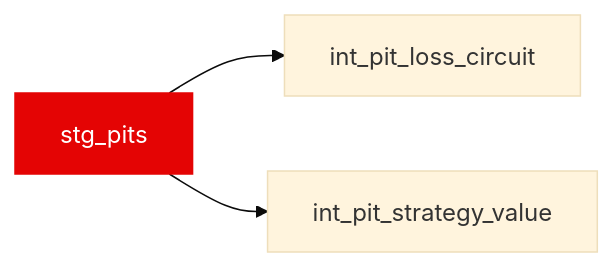
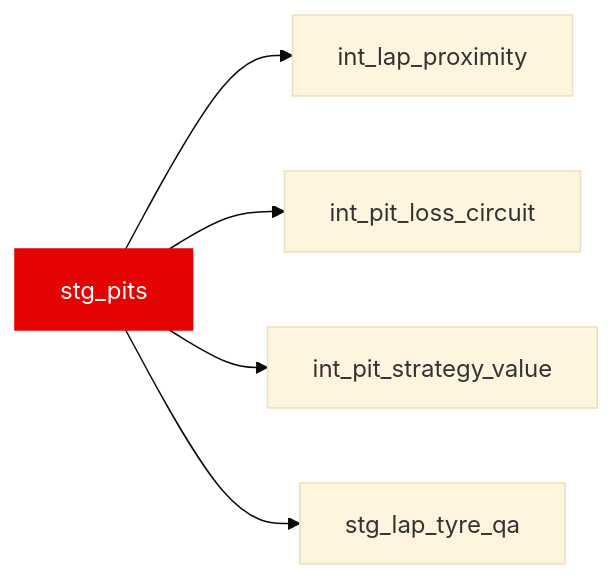
The diagram in docs/reference/models/stg/stg_pits.mdx (JustinClarke/off-the-pace), drawn with Mermaid (base theme) before and after one commit. The commit also changed other lines of this file and 41 other files, not shown here.

````diff
--- a/docs/reference/models/stg/stg_pits.mdx
+++ b/docs/reference/models/stg/stg_pits.mdx
@@ -15,6 +15,8 @@
 ```mermaid
 flowchart LR
+  stg_pits --> int_lap_proximity
   stg_pits --> int_pit_loss_circuit
   stg_pits --> int_pit_strategy_value
+  stg_pits --> stg_lap_tyre_qa
   style stg_pits fill:#e40404,stroke:#e40404,color:#fff
 ```
````
